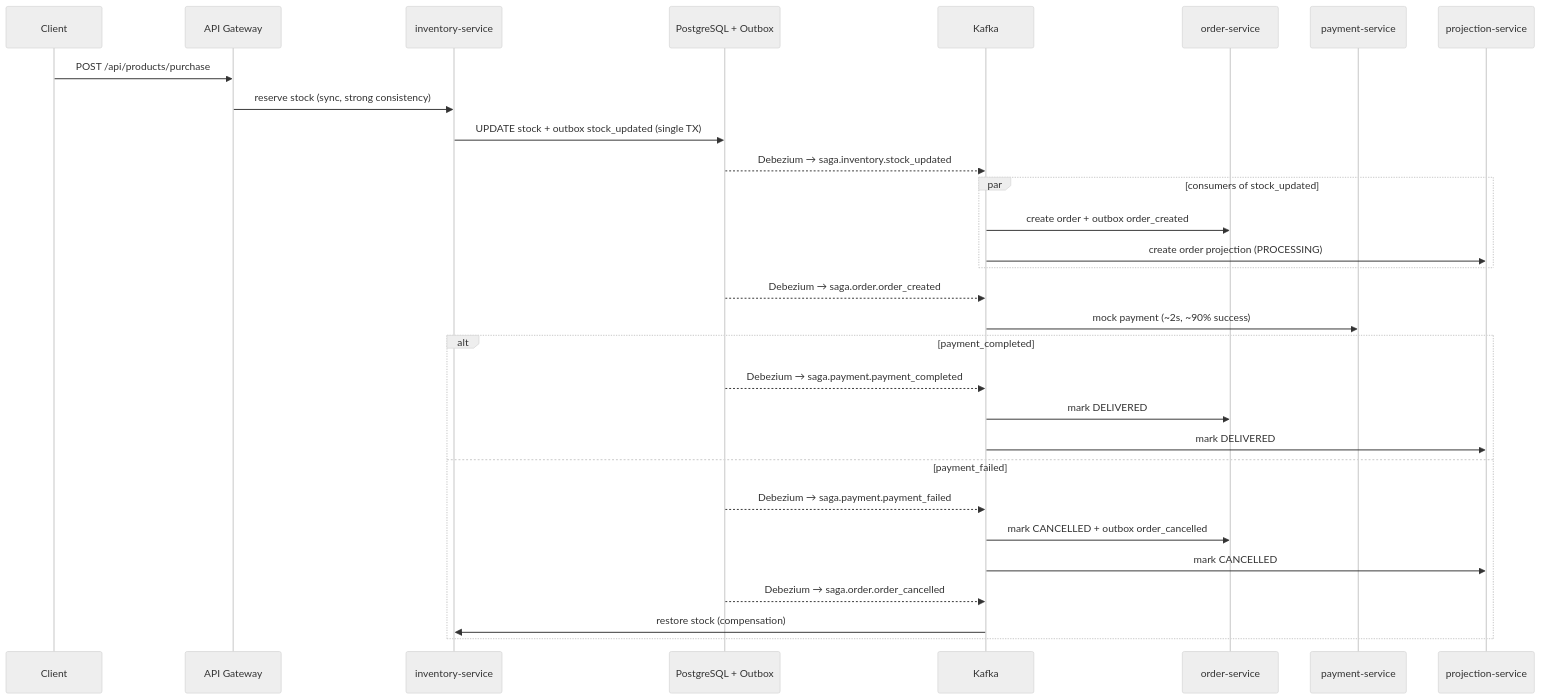
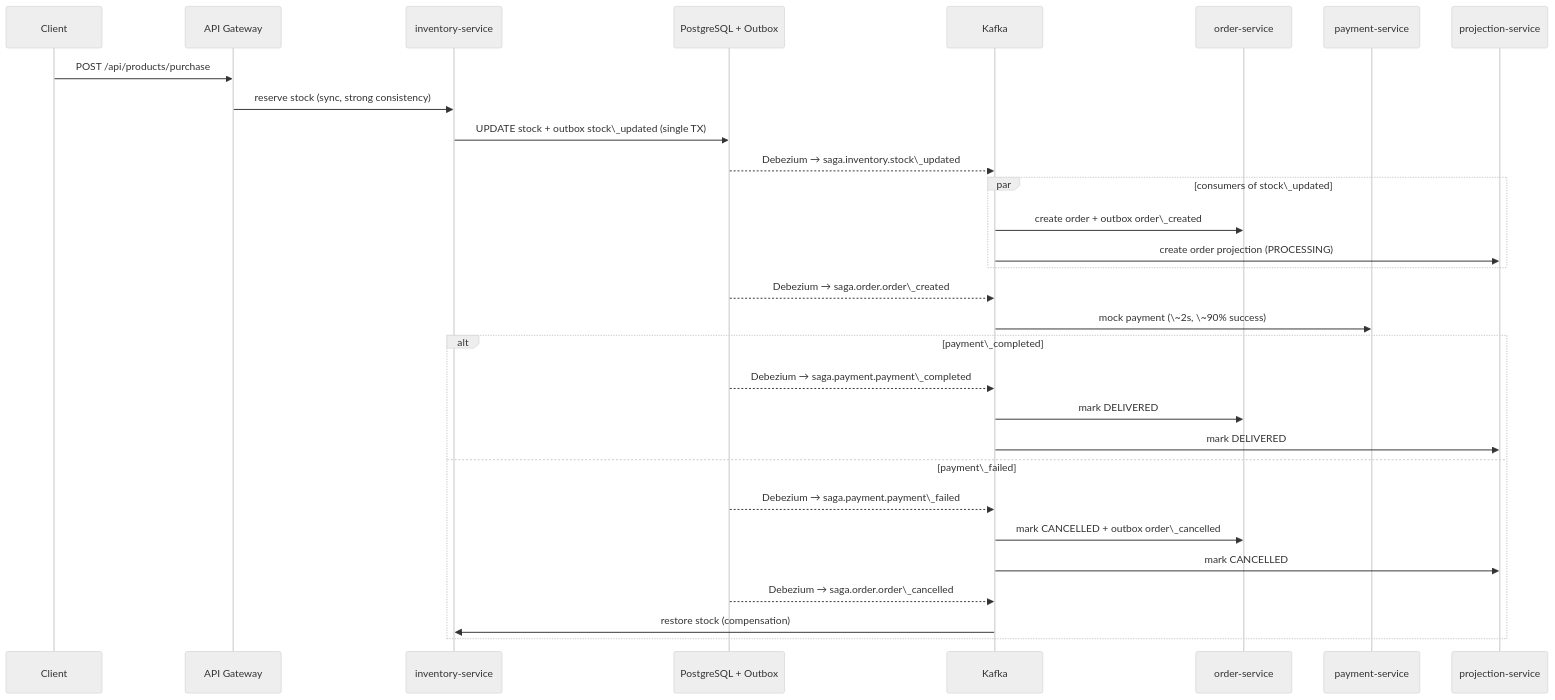
Before and after one commit to saidurgaprasad44/Java-Full-Stack: the second of 2 diagrams in Java Full Stack/System Design/Case Studies/ecom/README.md, drawn with Mermaid (neutral theme). The commit also changed other lines of this file and 16 other files, not shown here.

````diff
--- a/Java Full Stack/System Design/Case Studies/ecom/README.md
+++ b/Java Full Stack/System Design/Case Studies/ecom/README.md
@@ -144,33 +146,33 @@
 ```mermaid
 sequenceDiagram
   participant C as Client
   participant GW as API Gateway
   participant INV as inventory-service
   participant DB as PostgreSQL + Outbox
   participant K as Kafka
   participant ORD as order-service
   participant PAY as payment-service
   participant PRJ as projection-service
 
   C->>GW: POST /api/products/purchase
   GW->>INV: reserve stock (sync, strong consistency)
-  INV->>DB: UPDATE stock + outbox stock_updated (single TX)
-  DB-->>K: Debezium → saga.inventory.stock_updated
-  par consumers of stock_updated
-    K->>ORD: create order + outbox order_created
+  INV->>DB: UPDATE stock + outbox stock\_updated (single TX)
+  DB-->>K: Debezium → saga.inventory.stock\_updated
+  par consumers of stock\_updated
+    K->>ORD: create order + outbox order\_created
     K->>PRJ: create order projection (PROCESSING)
   end
-  DB-->>K: Debezium → saga.order.order_created
-  K->>PAY: mock payment (~2s, ~90% success)
-  alt payment_completed
-    DB-->>K: Debezium → saga.payment.payment_completed
+  DB-->>K: Debezium → saga.order.order\_created
+  K->>PAY: mock payment (\~2s, \~90% success)
+  alt payment\_completed
+    DB-->>K: Debezium → saga.payment.payment\_completed
     K->>ORD: mark DELIVERED
     K->>PRJ: mark DELIVERED
-  else payment_failed
-    DB-->>K: Debezium → saga.payment.payment_failed
-    K->>ORD: mark CANCELLED + outbox order_cancelled
+  else payment\_failed
+    DB-->>K: Debezium → saga.payment.payment\_failed
+    K->>ORD: mark CANCELLED + outbox order\_cancelled
     K->>PRJ: mark CANCELLED
-    DB-->>K: Debezium → saga.order.order_cancelled
+    DB-->>K: Debezium → saga.order.order\_cancelled
     K->>INV: restore stock (compensation)
   end
 ```
````
